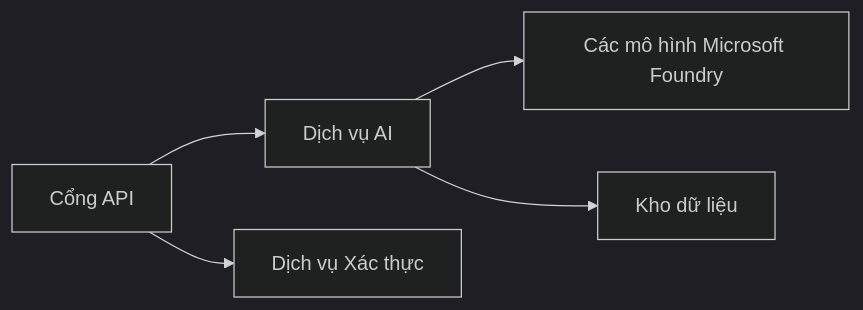
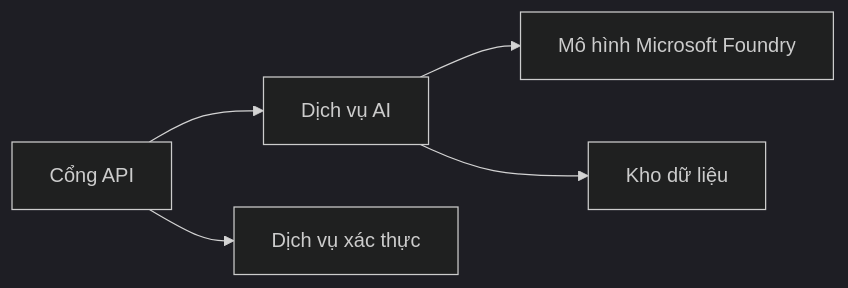
One commit to microsoft/AZD-for-beginners changed the first of 2 diagrams in translations/vi/docs/chapter-08-production/README.md. Above: the diagram before and after it, drawn with Mermaid (dark theme). The commit also changed other lines of this file and 1 other file, not shown here.

````diff
--- a/translations/vi/docs/chapter-08-production/README.md
+++ b/translations/vi/docs/chapter-08-production/README.md
@@ -48,6 +48,6 @@
 ```mermaid
 graph LR
-    Gateway[Cổng API] --> AI[Dịch vụ AI] --> Models[Các mô hình Microsoft Foundry]
-    Gateway --> Auth[Dịch vụ Xác thực]
+    Gateway[Cổng API] --> AI[Dịch vụ AI] --> Models[Mô hình Microsoft Foundry]
+    Gateway --> Auth[Dịch vụ xác thực]
     AI --> Data[Kho dữ liệu]
 ```
````
